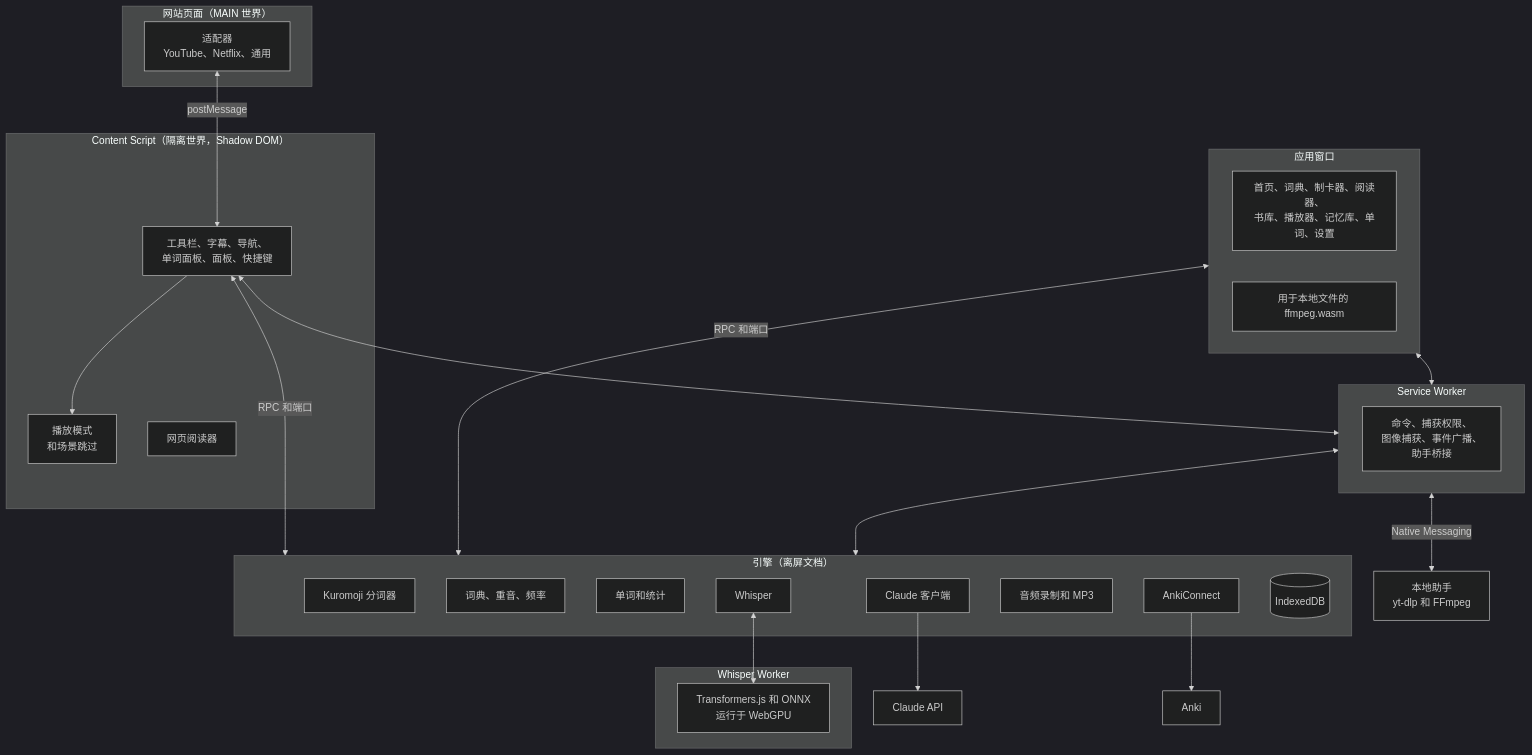
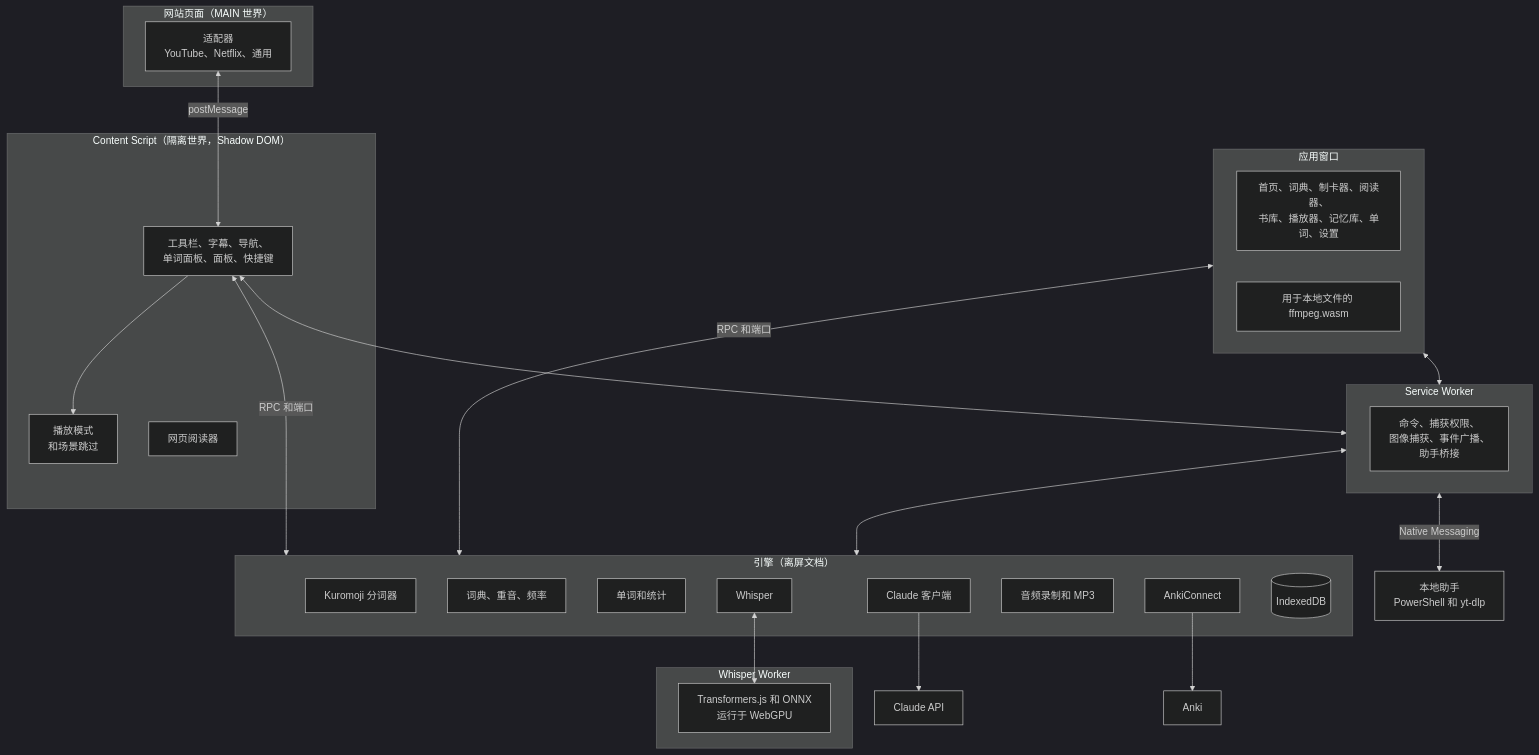
The diagram in docs/zh/architecture.md (Eliam4510/kotonoha), drawn with Mermaid (dark theme) before and after one commit. The commit also changed other lines of this file and 83 other files, not shown here.

````diff
--- a/docs/zh/architecture.md
+++ b/docs/zh/architecture.md
@@ -9,42 +9,42 @@
 ```mermaid
 flowchart TB
   subgraph Pagina["网站页面（MAIN 世界）"]
     AD["适配器<br/>YouTube、Netflix、通用"]
   end
   subgraph Contenido["Content Script（隔离世界，Shadow DOM）"]
     UI["工具栏、字幕、导航、<br/>单词面板、面板、快捷键"]
     MODO["播放模式<br/>和场景跳过"]
     WEB["网页阅读器"]
   end
   subgraph SW["Service Worker"]
     RUTA["命令、捕获权限、<br/>图像捕获、事件广播、<br/>助手桥接"]
   end
   subgraph Motor["引擎（离屏文档）"]
     TOK["Kuromoji 分词器"]
     DIC["词典、重音、频率"]
     PAL["单词和统计"]
     IA["Claude 客户端"]
     ANKI["AnkiConnect"]
     REC["音频录制和 MP3"]
     WH["Whisper"]
     DB[("IndexedDB")]
   end
   subgraph Trabajador["Whisper Worker"]
     GPU["Transformers.js 和 ONNX<br/>运行于 WebGPU"]
   end
   subgraph App["应用窗口"]
     PANT["首页、词典、制卡器、阅读器、<br/>书库、播放器、记忆库、单词、设置"]
     FF["用于本地文件的 ffmpeg.wasm"]
   end
   AD <-->|postMessage| UI
   UI --> MODO
   UI <-->|RPC 和端口| Motor
   UI <--> SW
   App <-->|RPC 和端口| Motor
   App <--> SW
   SW <--> Motor
-  SW <-->|Native Messaging| AY["本地助手<br/>yt-dlp 和 FFmpeg"]
+  SW <-->|Native Messaging| AY["本地助手<br/>PowerShell 和 yt-dlp"]
   WH <--> GPU
   IA --> CL["Claude API"]
   ANKI --> AN["Anki"]
 ```
````
